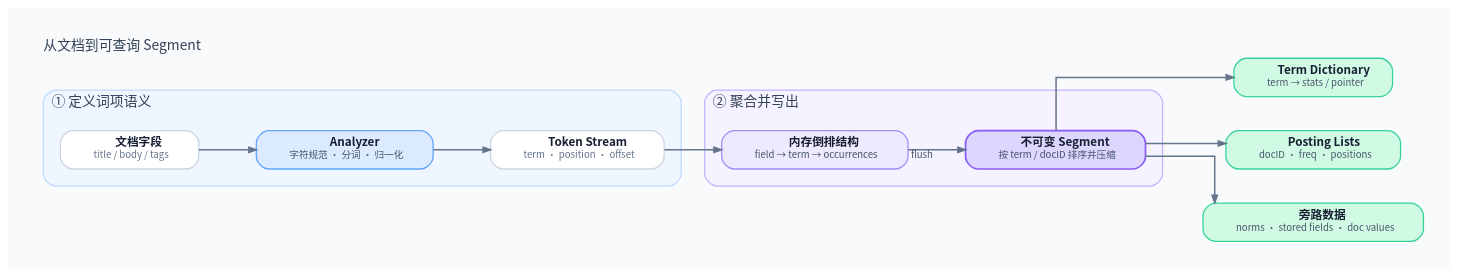
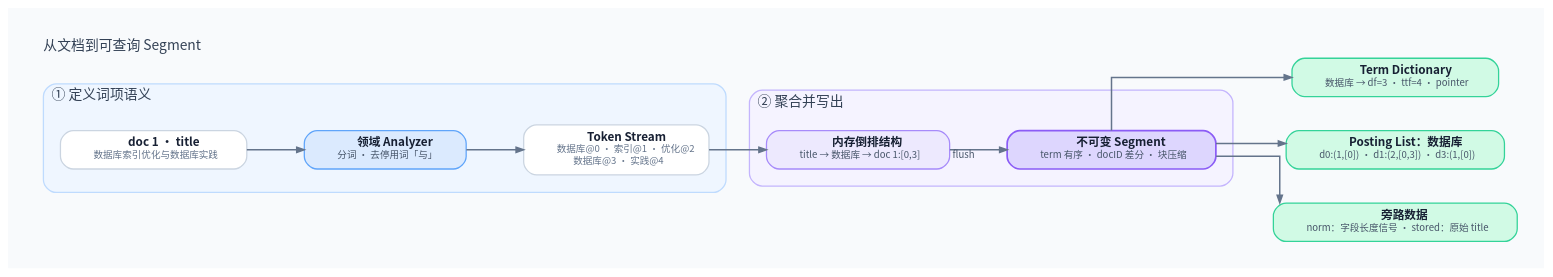
The diagram in Database/Search/倒排索引：从 Posting List 到 BM25 与动态剪枝.assets/indexing-pipeline.dot (Zqzqsb/Blog), drawn with Graphviz before and after one commit. The commit also changed 12 other files, not shown here.

```diff
--- a/Database/Search/倒排索引：从 Posting List 到 BM25 与动态剪枝.assets/indexing-pipeline.dot
+++ b/Database/Search/倒排索引：从 Posting List 到 BM25 与动态剪枝.assets/indexing-pipeline.dot
@@ -1,139 +1,140 @@
 digraph InvertedIndexPipeline {
   graph [
     rankdir=LR,
     bgcolor="#F8FAFC",
     pad="0.35",
     nodesep="0.45",
     ranksep="0.75",
     splines=ortho,
     fontname="Noto Sans CJK SC",
     fontsize=13,
     fontcolor="#334155",
     label="从文档到可查询 Segment",
     labelloc=t,
     labeljust=l
   ];
 
   node [
     shape=rect,
     style="rounded,filled",
     fontname="Noto Sans CJK SC",
     fontsize=11,
     color="#CBD5E1",
     fillcolor="#FFFFFF",
     fontcolor="#172033",
     penwidth=1.2,
     margin="0.16,0.10"
   ];
 
   edge [
     color="#64748B",
     penwidth=1.4,
     arrowsize=0.7,
     fontname="Noto Sans CJK SC",
     fontsize=9,
     fontcolor="#475569"
   ];
 
   subgraph cluster_semantics {
     label="① 定义词项语义";
     style="rounded,filled";
     color="#BFDBFE";
     fillcolor="#EFF6FF";
     penwidth=1.2;
     margin=16;
 
     document [
       label=<
-        <B>文档字段</B><BR/>
-        <FONT POINT-SIZE="9" COLOR="#64748B">title / body / tags</FONT>
+        <B>doc 1 · title</B><BR/>
+        <FONT POINT-SIZE="9" COLOR="#64748B">数据库索引优化与数据库实践</FONT>
       >
     ];
     analyzer [
       fillcolor="#DBEAFE",
       color="#60A5FA",
       label=<
-        <B>Analyzer</B><BR/>
-        <FONT POINT-SIZE="9" COLOR="#475569">字符规范 · 分词 · 归一化</FONT>
+        <B>领域 Analyzer</B><BR/>
+        <FONT POINT-SIZE="9" COLOR="#475569">分词 · 去停用词「与」</FONT>
       >
     ];
     tokens [
       label=<
         <B>Token Stream</B><BR/>
-        <FONT POINT-SIZE="9" COLOR="#64748B">term · position · offset</FONT>
+        <FONT POINT-SIZE="9" COLOR="#64748B">数据库@0 · 索引@1 · 优化@2</FONT><BR/>
+        <FONT POINT-SIZE="9" COLOR="#64748B">数据库@3 · 实践@4</FONT>
       >
     ];
 
     document -> analyzer -> tokens;
   }
 
   subgraph cluster_build {
     label="② 聚合并写出";
     style="rounded,filled";
     color="#C4B5FD";
     fillcolor="#F5F3FF";
     penwidth=1.2;
     margin=16;
 
     buffer [
       fillcolor="#EDE9FE",
       color="#A78BFA",
       label=<
         <B>内存倒排结构</B><BR/>
-        <FONT POINT-SIZE="9" COLOR="#475569">field → term → occurrences</FONT>
+        <FONT POINT-SIZE="9" COLOR="#475569">title → 数据库 → doc 1:[0,3]</FONT>
       >
     ];
     segment [
       fillcolor="#DDD6FE",
       color="#8B5CF6",
       penwidth=1.6,
       label=<
         <B>不可变 Segment</B><BR/>
-        <FONT POINT-SIZE="9" COLOR="#475569">按 term / docID 排序并压缩</FONT>
+        <FONT POINT-SIZE="9" COLOR="#475569">term 有序 · docID 差分 · 块压缩</FONT>
       >
     ];
 
     buffer -> segment [xlabel="flush"];
   }
 
   subgraph cluster_files {
     label="③ 物理访问结构";
     style="rounded,filled";
     color="#A7F3D0";
     fillcolor="#ECFDF5";
     penwidth=1.2;
     margin=16;
 
     dictionary [
       fillcolor="#D1FAE5",
       color="#34D399",
       label=<
         <B>Term Dictionary</B><BR/>
-        <FONT POINT-SIZE="9" COLOR="#475569">term → stats / pointer</FONT>
+        <FONT POINT-SIZE="9" COLOR="#475569">数据库 → df=3 · ttf=4 · pointer</FONT>
       >
     ];
     postings [
       fillcolor="#D1FAE5",
       color="#34D399",
       label=<
-        <B>Posting Lists</B><BR/>
-        <FONT POINT-SIZE="9" COLOR="#475569">docID · freq · positions</FONT>
+        <B>Posting List：数据库</B><BR/>
+        <FONT POINT-SIZE="9" COLOR="#475569">d0:(1,[0]) · d1:(2,[0,3]) · d3:(1,[0])</FONT>
       >
     ];
     columns [
       fillcolor="#D1FAE5",
       color="#34D399",
       label=<
         <B>旁路数据</B><BR/>
-        <FONT POINT-SIZE="9" COLOR="#475569">norms · stored fields · doc values</FONT>
+        <FONT POINT-SIZE="9" COLOR="#475569">norm：字段长度信号 · stored：原始 title</FONT>
       >
     ];
   }
 
   tokens -> buffer;
   segment -> dictionary;
   segment -> postings;
   segment -> columns;
 
   { rank=same; dictionary; postings; columns; }
 }
```
